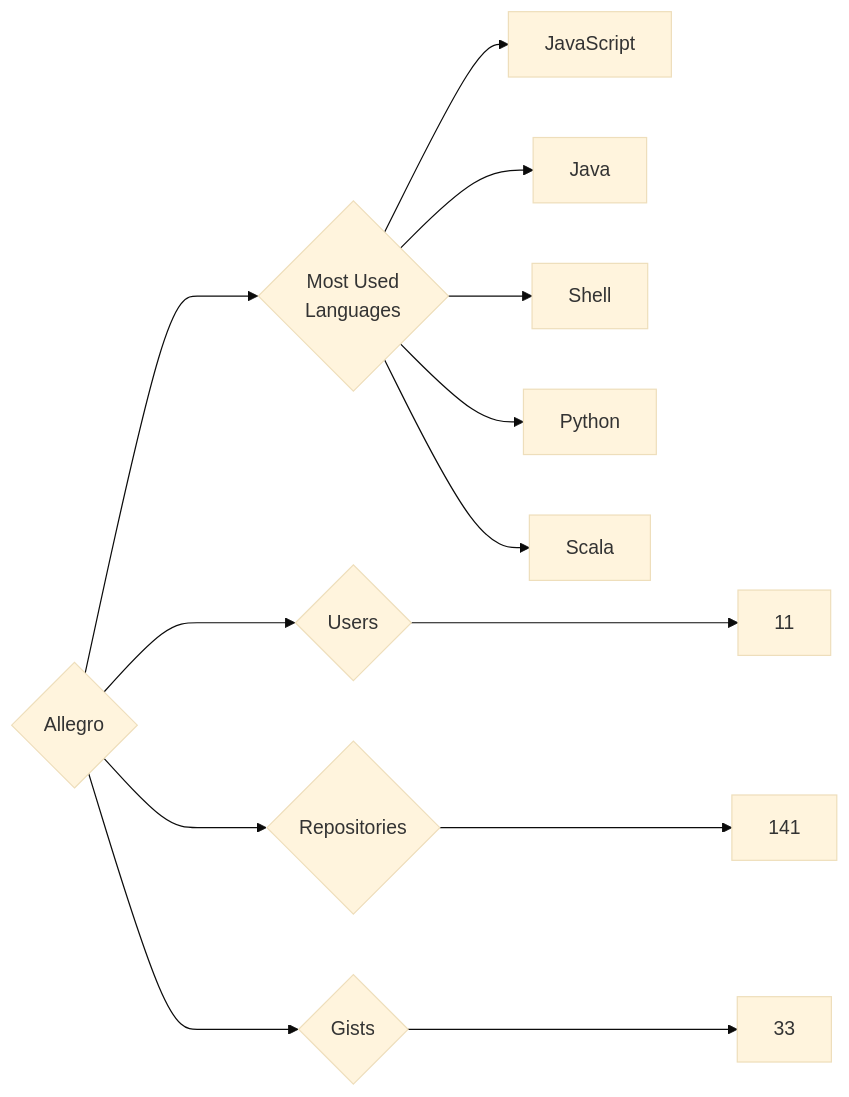
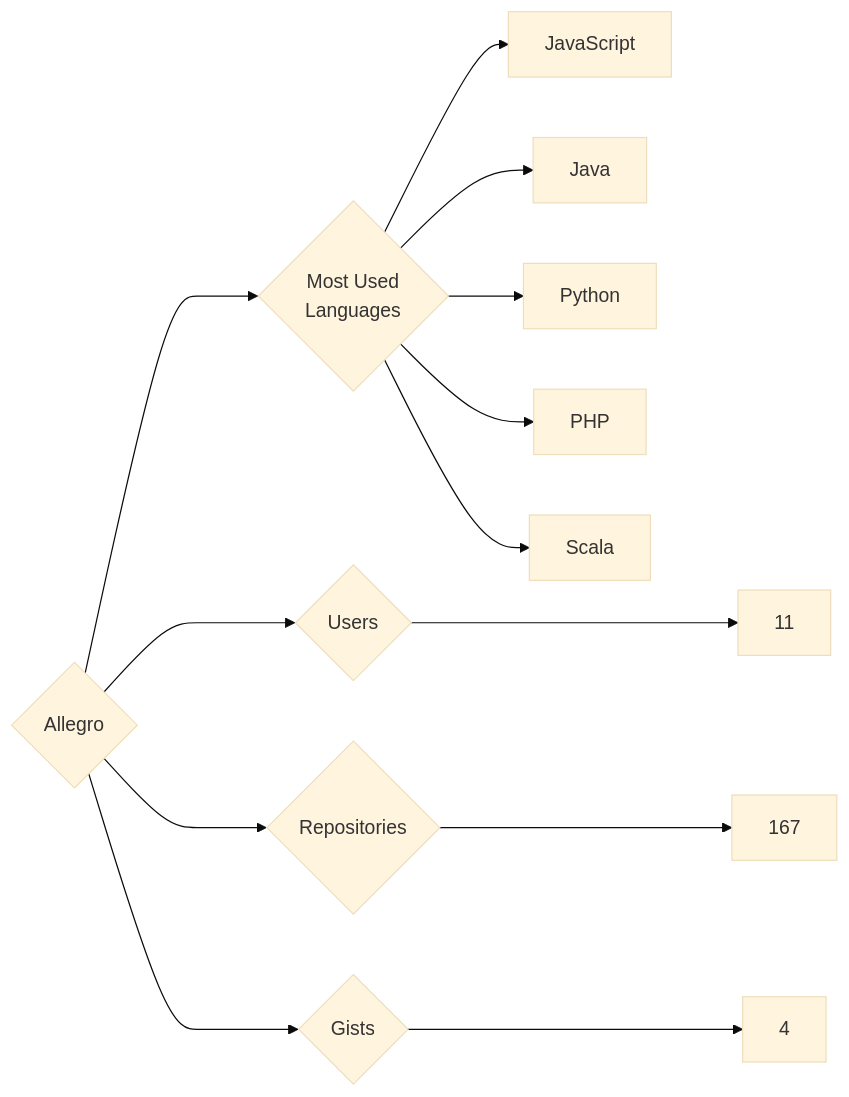
One commit to trickest/insiders changed the diagram in targets/Allegro/README.md. Above: the diagram before and after it, drawn with Mermaid (base theme). The commit also changed 1030 other files, not shown here.

````diff
--- a/targets/Allegro/README.md
+++ b/targets/Allegro/README.md
@@ -3,13 +3,13 @@
 ```mermaid
 graph LR
 COMPANY_NAME{Allegro}
 COMPANY_NAME ---> U{Users} ---> UN[11]
-COMPANY_NAME ---> R{Repositories} ---> RN[141]
-COMPANY_NAME ---> G{Gists} ---> GN[33]
+COMPANY_NAME ---> R{Repositories} ---> RN[167]
+COMPANY_NAME ---> G{Gists} ---> GN[4]
 COMPANY_NAME ---> ML{Most Used<br>Languages}
 ML --> JavaScript[JavaScript]
 ML --> Java[Java]
-ML --> Shell[Shell]
 ML --> Python[Python]
+ML --> PHP[PHP]
 ML --> Scala[Scala]
 ```
````
